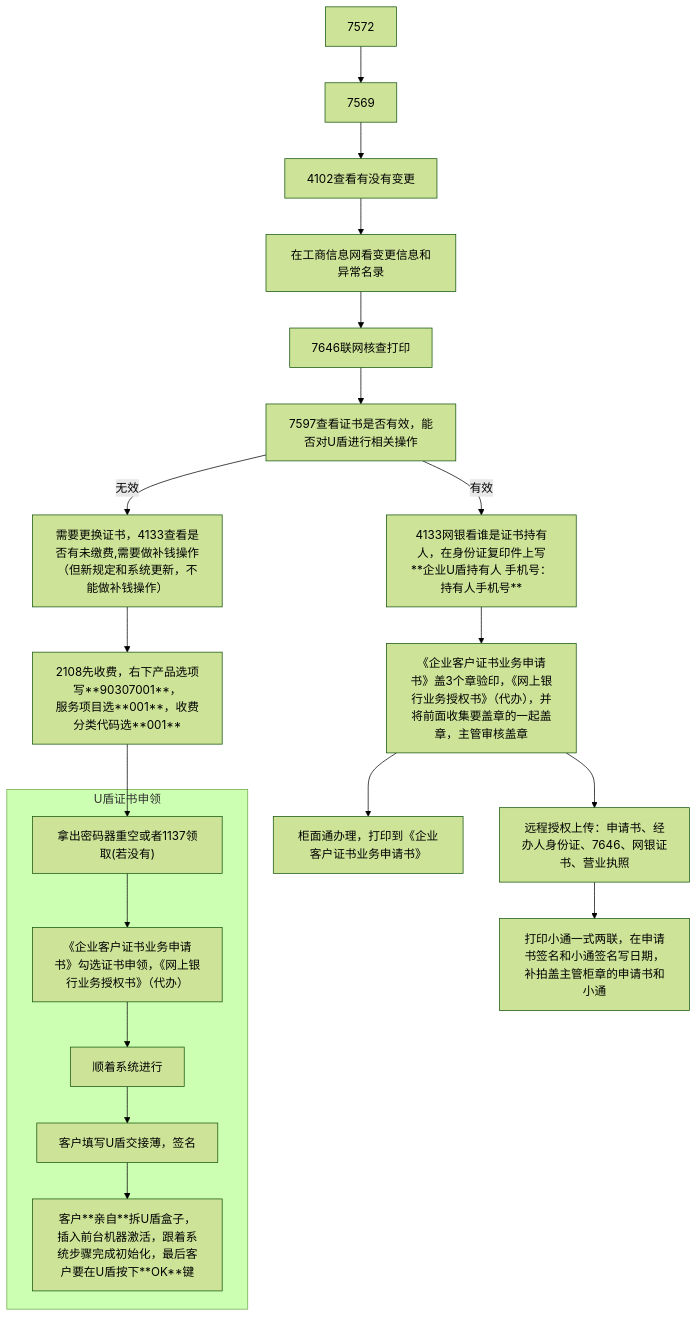
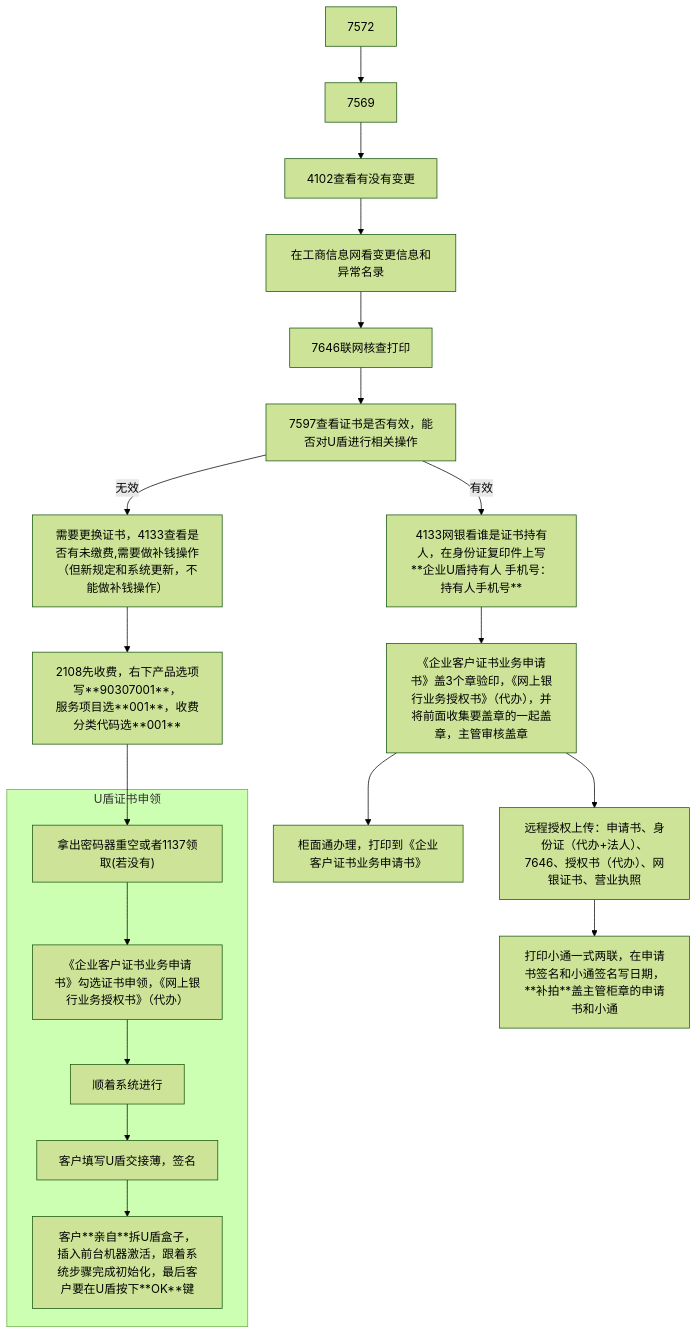
Before and after one commit to 4triumph/blog: the fifth of 15 diagrams in docs/src/Notes/Finance/1100/对公.md, drawn with Mermaid (forest theme). The commit also changed other lines of this file, not shown here.

````diff
--- a/docs/src/Notes/Finance/1100/对公.md
+++ b/docs/src/Notes/Finance/1100/对公.md
@@ -305,30 +315,30 @@
 ```mermaid
 graph TD
 	A["7572"]
 	B["7569"]
 	C["4102查看有没有变更"]
 	D["在工商信息网看变更信息和异常名录"]
 	E["7646联网核查打印"]
 	F["7597查看证书是否有效，能否对U盾进行相关操作"]
 	G["4133网银看谁是证书持有人，在身份证复印件上写<br>**企业U盾持有人 手机号：持有人手机号**"]
 	H["《企业客户证书业务申请书》盖3个章验印，《网上银行业务授权书》（代办），并将前面收集要盖章的一起盖章，主管审核盖章"]
 	I["柜面通办理，打印到《企业客户证书业务申请书》"]
 	J["需要更换证书，4133查看是否有未缴费,需要做补钱操作（但新规定和系统更新，不能做补钱操作）"]
 	K["2108先收费，右下产品选项写**90307001**，<br>服务项目选**001**，收费分类代码选**001**"]
 	Q["拿出密码器重空或者1137领取(若没有)"]
 	R["《企业客户证书业务申请书》勾选证书申领，《网上银行业务授权书》（代办）"]
 	S["顺着系统进行"]
 	T["客户填写U盾交接薄，签名"]
 	U["客户**亲自**拆U盾盒子，插入前台机器激活，跟着系统步骤完成初始化，最后客户要在U盾按下**OK**键"]
-    V["远程授权上传：申请书、经办人身份证、7646、网银证书、营业执照"]
-    W["打印小通一式两联，在申请书签名和小通签名写日期，补拍盖主管柜章的申请书和小通"]
+    V["远程授权上传：申请书、身份证（代办+法人）、7646、授权书（代办）、网银证书、营业执照"]
+    W["打印小通一式两联，在申请书签名和小通签名写日期，**补拍**盖主管柜章的申请书和小通"]
 	
 	A --> B --> C --> D --> E --> F -->|有效| G --> H --> I
 	F -->|无效| J --> K --> Q
     H --> V --> W
 	
 	subgraph U盾证书申领
 		Q --> R --> S --> T --> U
 	end
 	
 ```
````
